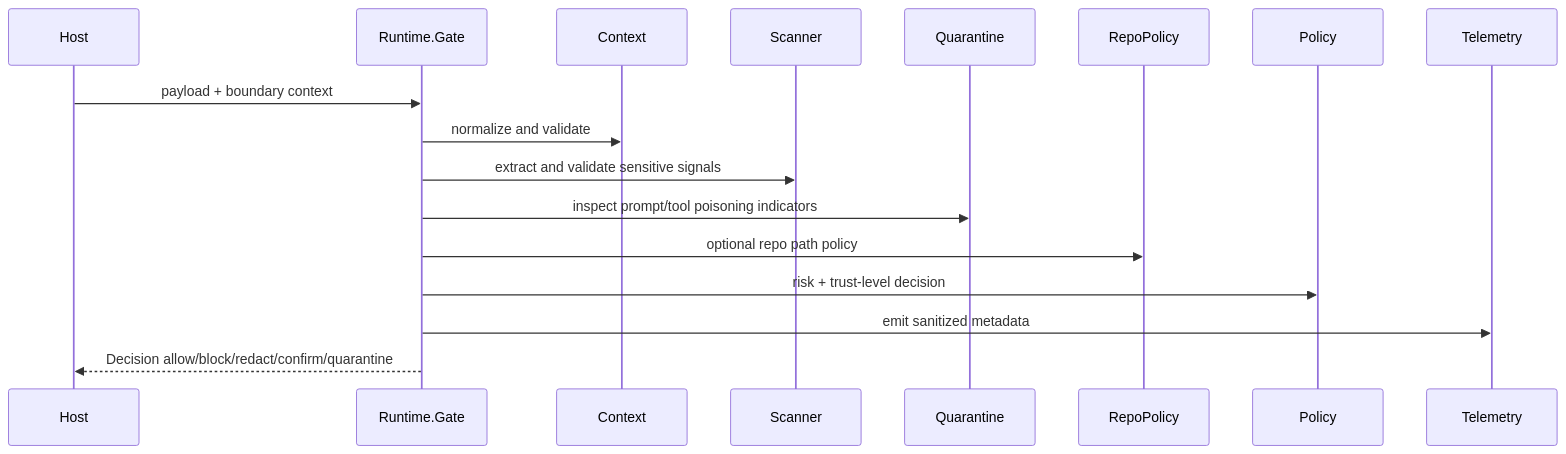
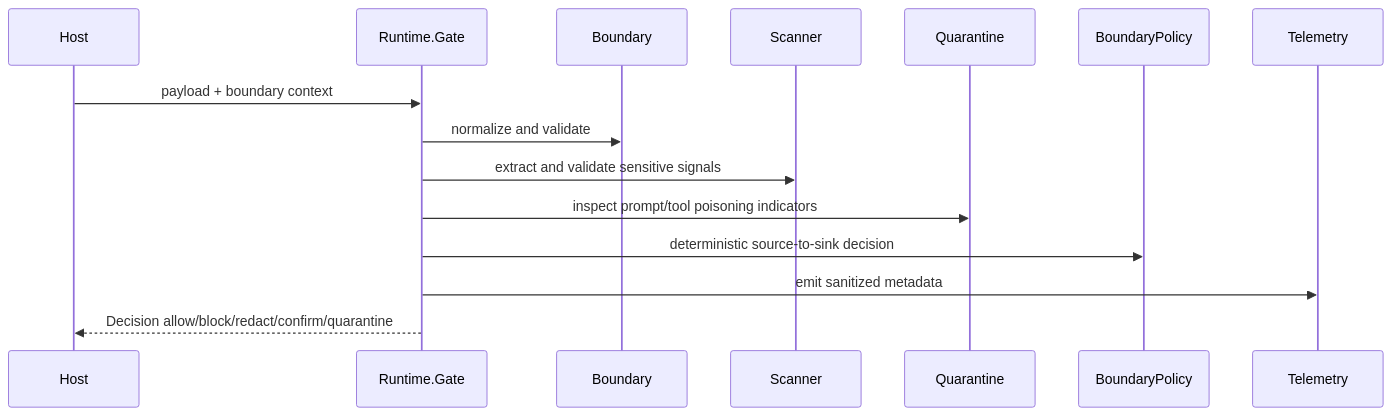
One commit to futhr/sigil_guard changed the third of 5 diagrams in docs/README.md. Above: the diagram before and after it, drawn with Mermaid. The commit also changed other lines of this file and 1 other file, not shown here.

Commit message:
docs(readme): present the shipped v3 product and self-contained architecture index

````diff
--- a/docs/README.md
+++ b/docs/README.md
@@ -96,20 +100,18 @@
 ```mermaid
 sequenceDiagram
     participant Host
     participant Gate as Runtime.Gate
-    participant Context
+    participant Boundary
     participant Scanner
     participant Quarantine
-    participant Repo as RepoPolicy
-    participant Policy
+    participant Policy as BoundaryPolicy
     participant Telemetry
 
     Host->>Gate: payload + boundary context
-    Gate->>Context: normalize and validate
+    Gate->>Boundary: normalize and validate
     Gate->>Scanner: extract and validate sensitive signals
     Gate->>Quarantine: inspect prompt/tool poisoning indicators
-    Gate->>Repo: optional repo path policy
-    Gate->>Policy: risk + trust-level decision
+    Gate->>Policy: deterministic source-to-sink decision
     Gate->>Telemetry: emit sanitized metadata
     Gate-->>Host: Decision allow/block/redact/confirm/quarantine
 ```
````
